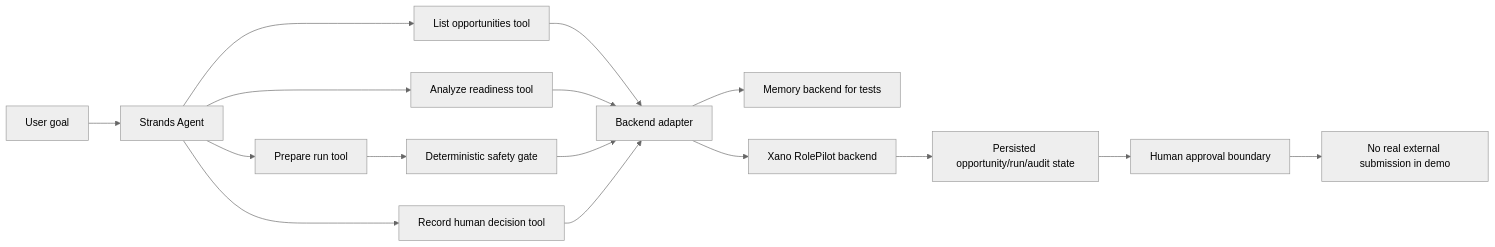
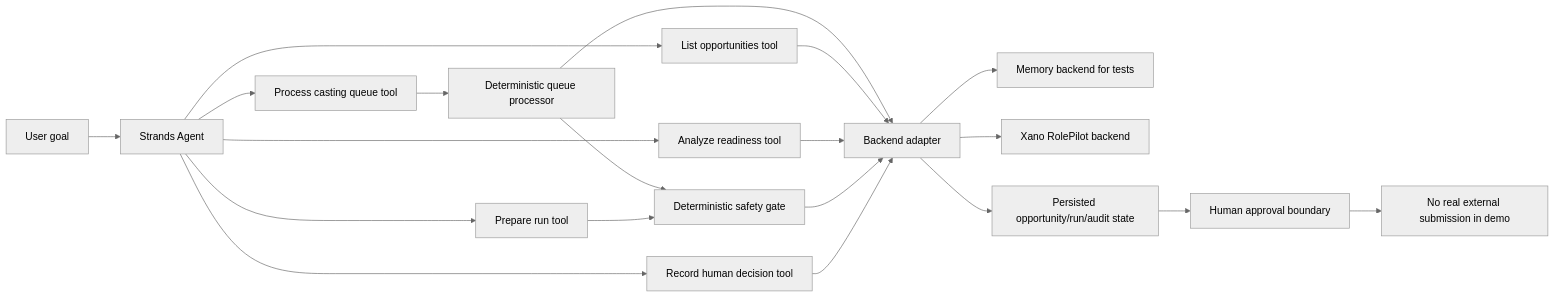
The diagram in docs/ARCHITECTURE.md (tomat60/rolepilot-strands-agent), drawn with Mermaid (neutral theme) before and after one commit. The commit also changed other lines of this file, not shown here.

Commit message:
Align architecture with queue autonomy tool

````diff
--- a/docs/ARCHITECTURE.md
+++ b/docs/ARCHITECTURE.md
@@ -6,18 +6,22 @@
 ```mermaid
 flowchart LR
     U[User goal] --> A[Strands Agent]
+    A --> TQ[Process casting queue tool]
     A --> T1[List opportunities tool]
     A --> T2[Analyze readiness tool]
     A --> T3[Prepare run tool]
     A --> T4[Record human decision tool]
-    T1 --> B[Backend adapter]
+    TQ --> Q[Deterministic queue processor]
+    Q --> B[Backend adapter]
+    Q --> S[Deterministic safety gate]
+    T1 --> B
     T2 --> B
-    T3 --> S[Deterministic safety gate]
+    T3 --> S
     S --> B
     T4 --> B
     B --> M[Memory backend for tests]
     B --> X[Xano RolePilot backend]
-    X --> R[Persisted opportunity/run/audit state]
+    B --> R[Persisted opportunity/run/audit state]
     R --> H[Human approval boundary]
     H --> N[No real external submission in demo]
 ```
````
